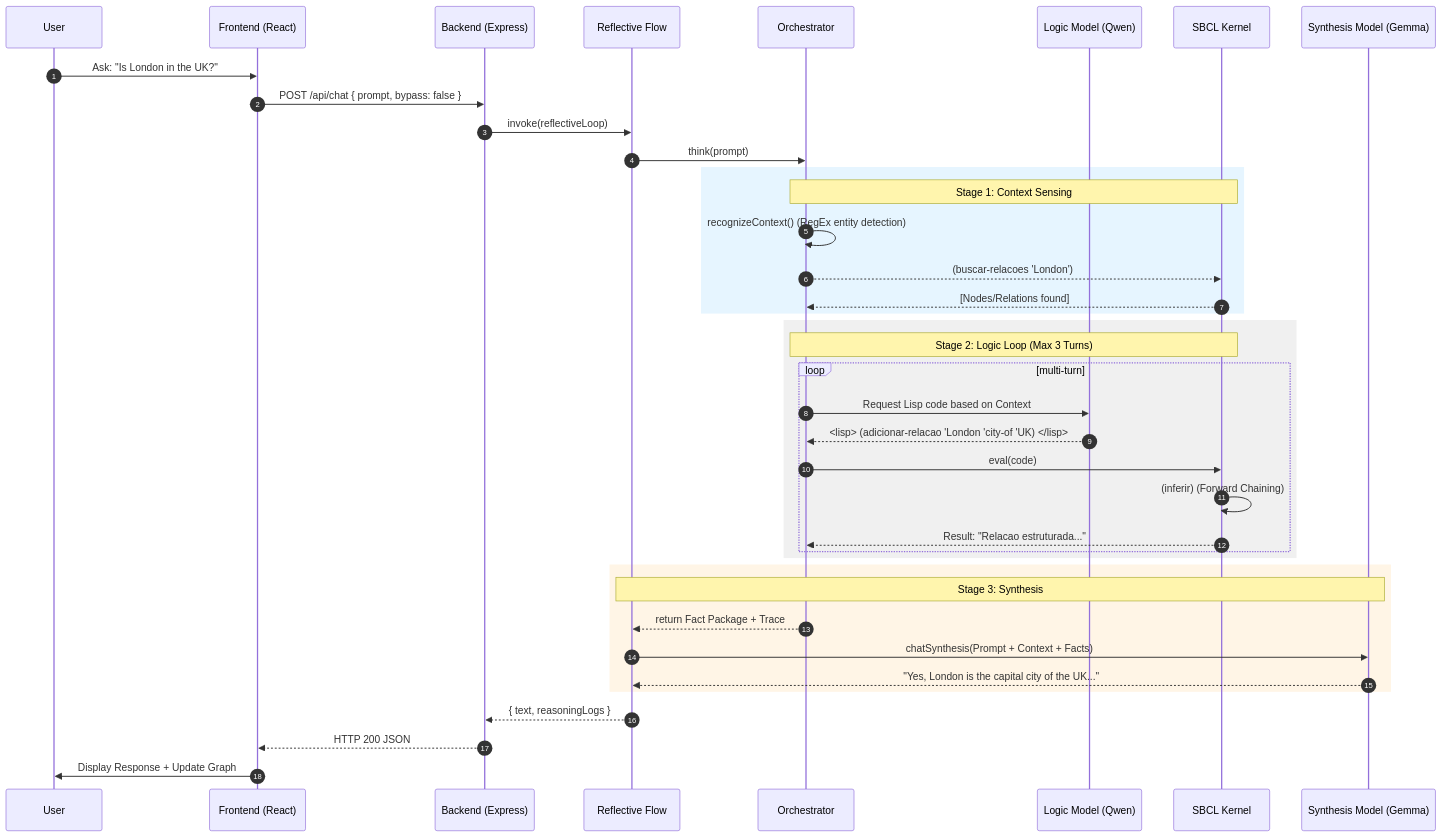
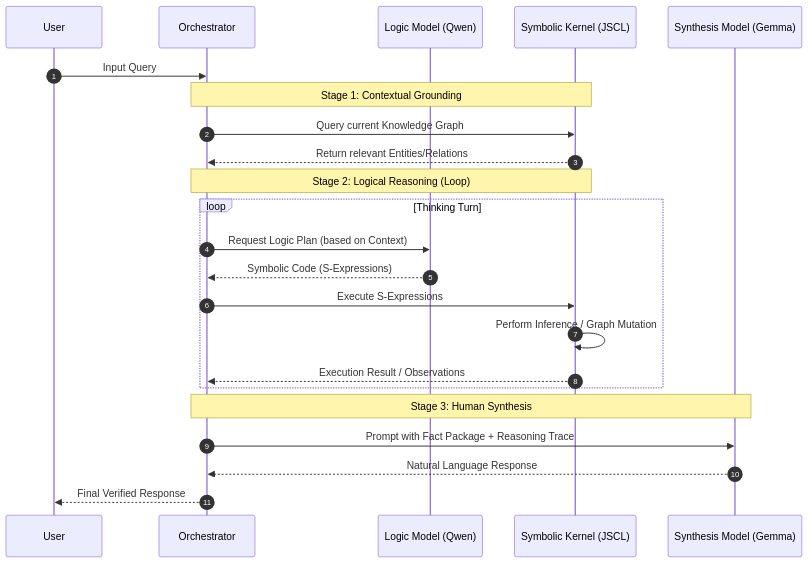
Before and after one commit to spock74/dialectical-symbolic-ai: the third of 5 diagrams in README_V02.md, drawn with Mermaid. The commit also changed other lines of this file and 2 other files, not shown here.

````diff
--- a/README_V02.md
+++ b/README_V02.md
@@ -66,47 +87,29 @@
 ```mermaid
 sequenceDiagram
     autonumber
     participant U as User
-    participant FE as Frontend (React)
-    participant BE as Backend (Express)
-    participant FLOW as Reflective Flow
     participant ORCH as Orchestrator
     participant LM as Logic Model (Qwen)
-    participant SK as SBCL Kernel
+    participant SK as Symbolic Kernel (JSCL)
     participant SM as Synthesis Model (Gemma)
 
-    U->>FE: Ask: "Is London in the UK?"
-    FE->>BE: POST /api/chat { prompt, bypass: false }
-    BE->>FLOW: invoke(reflectiveLoop)
+    U->>ORCH: Input Query
     
-    FLOW->>ORCH: think(prompt)
-    
-    rect rgb(230, 245, 255)
-        Note over ORCH, SK: Stage 1: Context Sensing
-        ORCH->>ORCH: recognizeContext() (RegEx entity detection)
-        ORCH-->>SK: (buscar-relacoes 'London')
-        SK-->>ORCH: [Nodes/Relations found]
+    Note over ORCH, SK: Stage 1: Contextual Grounding
+    ORCH->>SK: Query current Knowledge Graph
+    SK-->>ORCH: Return relevant Entities/Relations
+
+    Note over ORCH, SK: Stage 2: Logical Reasoning (Loop)
+    loop Thinking Turn
+        ORCH->>LM: Request Logic Plan (based on Context)
+        LM-->>ORCH: Symbolic Code (S-Expressions)
+        ORCH->>SK: Execute S-Expressions
+        SK->>SK: Perform Inference / Graph Mutation
+        SK-->>ORCH: Execution Result / Observations
     end
 
-    rect rgb(240, 240, 240)
-        Note over ORCH, SK: Stage 2: Logic Loop (Max 3 Turns)
-        loop multi-turn
-            ORCH->>LM: Request Lisp code based on Context
-            LM-->>ORCH: <lisp> (adicionar-relacao 'London 'city-of 'UK) </lisp>
-            ORCH->>SK: eval(code)
-            SK->>SK: (inferir) (Forward Chaining)
-            SK-->>ORCH: Result: "Relacao estruturada..."
-        end
-    end
-
-    rect rgb(255, 245, 230)
-        Note over FLOW, SM: Stage 3: Synthesis
-        ORCH-->>FLOW: return Fact Package + Trace
-        FLOW->>SM: chatSynthesis(Prompt + Context + Facts)
-        SM-->>FLOW: "Yes, London is the capital city of the UK..."
-    end
-
-    FLOW-->>BE: { text, reasoningLogs }
-    BE-->>FE: HTTP 200 JSON
-    FE->>U: Display Response + Update Graph
+    Note over ORCH, SM: Stage 3: Human Synthesis
+    ORCH->>SM: Prompt with Fact Package + Reasoning Trace
+    SM-->>ORCH: Natural Language Response
+    ORCH-->>U: Final Verified Response
 ```
````
